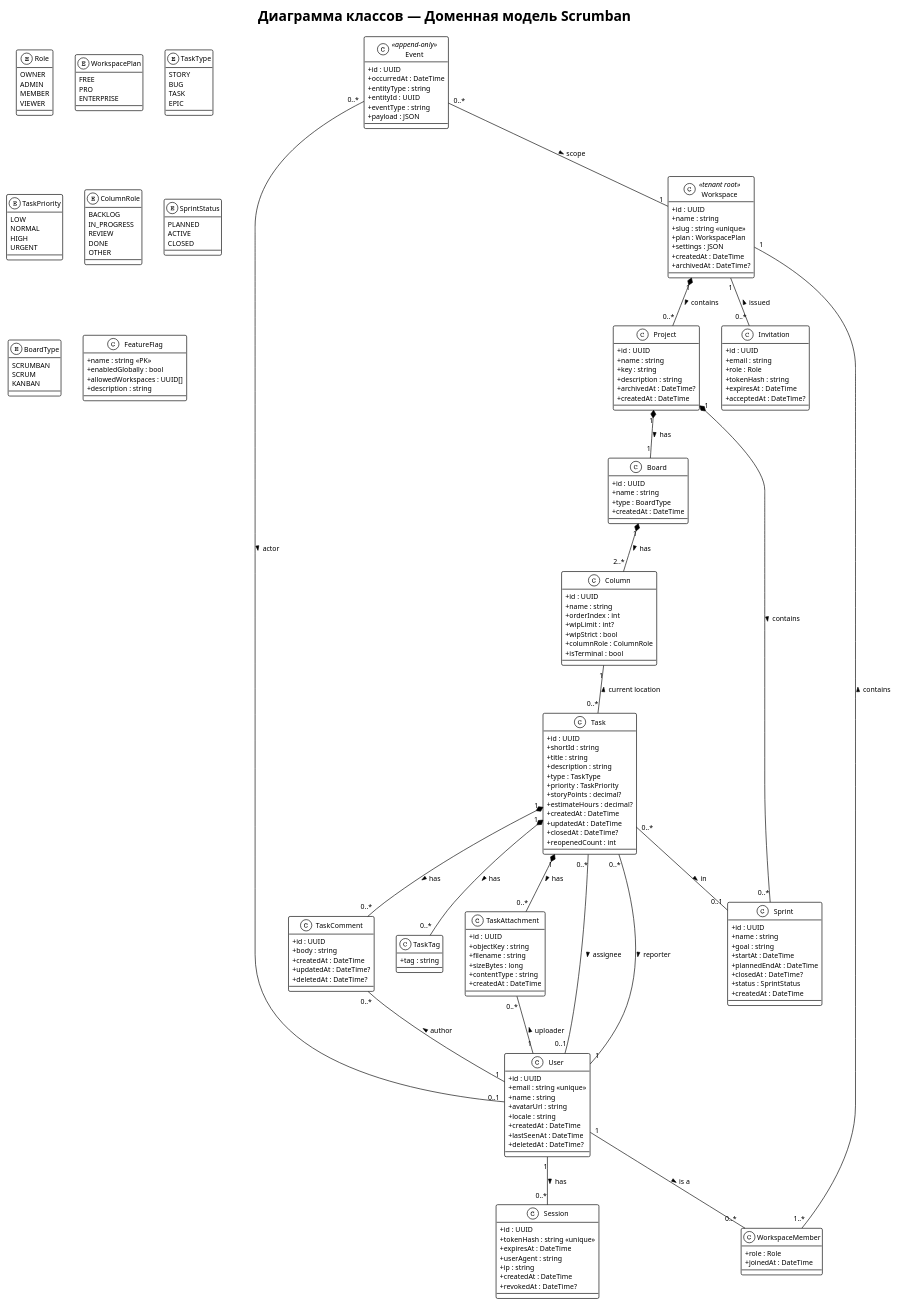
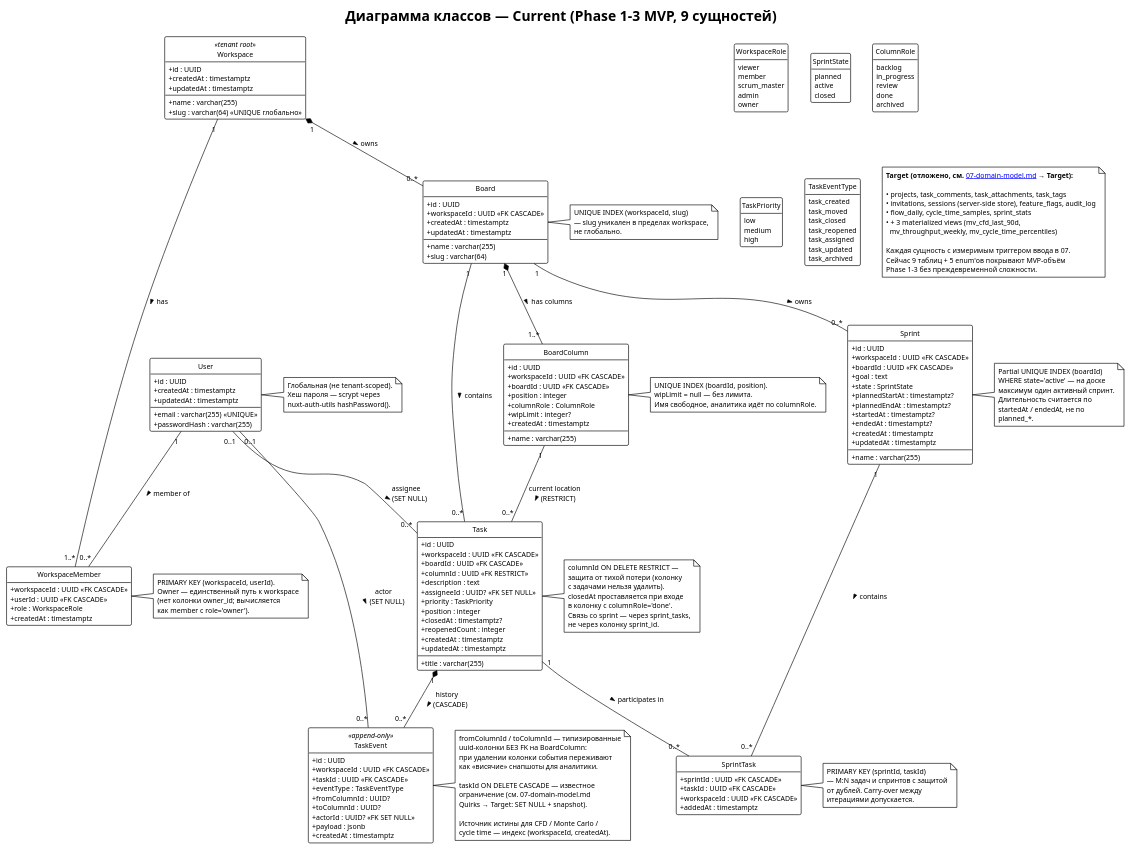
One commit to elClassico-eng/scrumban_app changed the diagram in docs/uml/02-class/domain-classes.puml. Above: the diagram before and after it, drawn with PlantUML. The commit also changed 1 other file, not shown here.

```diff
--- a/docs/uml/02-class/domain-classes.puml
+++ b/docs/uml/02-class/domain-classes.puml
@@ -1,258 +1,266 @@
 @startuml domain-classes
 !theme plain
-title Диаграмма классов — Доменная модель Scrumban
+title Диаграмма классов — Current (Phase 1-3 MVP, 9 сущностей)
 
 skinparam classAttributeIconSize 0
 skinparam defaultFontName Arial
 skinparam defaultFontSize 11
 skinparam packageStyle rectangle
+hide circle
+hide empty members
 
 ' ============================================================================
-' Перечисления (enums) — значения, допустимые в полях классов
+' Перечисления (enums) — все 5 enum'ов из server/db/schema/
 ' ============================================================================
 
-enum Role {
-  OWNER
-  ADMIN
-  MEMBER
-  VIEWER
+enum WorkspaceRole {
+  viewer
+  member
+  scrum_master
+  admin
+  owner
 }
 
-enum WorkspacePlan {
-  FREE
-  PRO
-  ENTERPRISE
+enum SprintState {
+  planned
+  active
+  closed
 }
 
-enum TaskType {
-  STORY
-  BUG
-  TASK
-  EPIC
+enum ColumnRole {
+  backlog
+  in_progress
+  review
+  done
+  archived
 }
 
 enum TaskPriority {
-  LOW
-  NORMAL
-  HIGH
-  URGENT
+  low
+  medium
+  high
 }
 
-enum ColumnRole {
-  BACKLOG
-  IN_PROGRESS
-  REVIEW
-  DONE
-  OTHER
-}
-
-enum SprintStatus {
-  PLANNED
-  ACTIVE
-  CLOSED
-}
-
-enum BoardType {
-  SCRUMBAN
-  SCRUM
-  KANBAN
+enum TaskEventType {
+  task_created
+  task_moved
+  task_closed
+  task_reopened
+  task_assigned
+  task_updated
+  task_archived
 }
 
 ' ============================================================================
-' Identity & Tenancy
+' Identity & Tenancy — User, Workspace, WorkspaceMember
 ' ============================================================================
 
 class User {
   + id : UUID
-  + email : string <<unique>>
-  + name : string
-  + avatarUrl : string
-  + locale : string
-  + createdAt : DateTime
-  + lastSeenAt : DateTime
-  + deletedAt : DateTime?
+  + email : varchar(255) <<UNIQUE>>
+  + passwordHash : varchar(255)
+  + createdAt : timestamptz
+  + updatedAt : timestamptz
 }
+note right of User
+  Глобальная (не tenant-scoped).
+  Хеш пароля — scrypt через
+  nuxt-auth-utils hashPassword().
+end note
 
 class Workspace <<tenant root>> {
   + id : UUID
-  + name : string
-  + slug : string <<unique>>
-  + plan : WorkspacePlan
-  + settings : JSON
-  + createdAt : DateTime
-  + archivedAt : DateTime?
+  + name : varchar(255)
+  + slug : varchar(64) <<UNIQUE глобально>>
+  + createdAt : timestamptz
+  + updatedAt : timestamptz
 }
 
 class WorkspaceMember {
-  + role : Role
-  + joinedAt : DateTime
+  + workspaceId : UUID <<FK CASCADE>>
+  + userId : UUID <<FK CASCADE>>
+  + role : WorkspaceRole
+  + createdAt : timestamptz
 }
-
-class Invitation {
-  + id : UUID
-  + email : string
-  + role : Role
-  + tokenHash : string
-  + expiresAt : DateTime
-  + acceptedAt : DateTime?
-}
-
-class Session {
-  + id : UUID
-  + tokenHash : string <<unique>>
-  + expiresAt : DateTime
-  + userAgent : string
-  + ip : string
-  + createdAt : DateTime
-  + revokedAt : DateTime?
-}
+note right of WorkspaceMember
+  PRIMARY KEY (workspaceId, userId).
+  Owner — единственный путь к workspace
+  (нет колонки owner_id; вычисляется
+  как member с role='owner').
+end note
 
 ' ============================================================================
-' Project & Board
+' Boards & Columns
 ' ============================================================================
-
-class Project {
-  + id : UUID
-  + name : string
-  + key : string
-  + description : string
-  + archivedAt : DateTime?
-  + createdAt : DateTime
-}
 
 class Board {
   + id : UUID
-  + name : string
-  + type : BoardType
-  + createdAt : DateTime
+  + workspaceId : UUID <<FK CASCADE>>
+  + name : varchar(255)
+  + slug : varchar(64)
+  + createdAt : timestamptz
+  + updatedAt : timestamptz
 }
+note right of Board
+  UNIQUE INDEX (workspaceId, slug)
+  — slug уникален в пределах workspace,
+  не глобально.
+end note
 
-class Column {
+class BoardColumn {
   + id : UUID
-  + name : string
-  + orderIndex : int
-  + wipLimit : int?
-  + wipStrict : bool
+  + workspaceId : UUID <<FK CASCADE>>
+  + boardId : UUID <<FK CASCADE>>
+  + name : varchar(255)
+  + position : integer
   + columnRole : ColumnRole
-  + isTerminal : bool
+  + wipLimit : integer?
+  + createdAt : timestamptz
 }
+note right of BoardColumn
+  UNIQUE INDEX (boardId, position).
+  wipLimit = null — без лимита.
+  Имя свободное, аналитика идёт по columnRole.
+end note
 
 ' ============================================================================
-' Task & Sprint
+' Tasks & Event Log
 ' ============================================================================
 
 class Task {
   + id : UUID
-  + shortId : string
-  + title : string
-  + description : string
-  + type : TaskType
+  + workspaceId : UUID <<FK CASCADE>>
+  + boardId : UUID <<FK CASCADE>>
+  + columnId : UUID <<FK RESTRICT>>
+  + title : varchar(255)
+  + description : text
+  + assigneeId : UUID? <<FK SET NULL>>
   + priority : TaskPriority
-  + storyPoints : decimal?
-  + estimateHours : decimal?
-  + createdAt : DateTime
-  + updatedAt : DateTime
-  + closedAt : DateTime?
-  + reopenedCount : int
+  + position : integer
+  + closedAt : timestamptz?
+  + reopenedCount : integer
+  + createdAt : timestamptz
+  + updatedAt : timestamptz
 }
+note right of Task
+  columnId ON DELETE RESTRICT —
+  защита от тихой потери (колонку
+  с задачами нельзя удалить).
+  closedAt проставляется при входе
+  в колонку с columnRole='done'.
+  Связь со sprint — через sprint_tasks,
+  не через колонку sprint_id.
+end note
 
-class TaskTag {
-  + tag : string
+class TaskEvent <<append-only>> {
+  + id : UUID
+  + workspaceId : UUID <<FK CASCADE>>
+  + taskId : UUID <<FK CASCADE>>
+  + eventType : TaskEventType
+  + fromColumnId : UUID?
+  + toColumnId : UUID?
+  + actorId : UUID? <<FK SET NULL>>
+  + payload : jsonb
+  + createdAt : timestamptz
 }
+note right of TaskEvent
+  fromColumnId / toColumnId — типизированные
+  uuid-колонки БЕЗ FK на BoardColumn:
+  при удалении колонки события переживают
+  как «висячие» снапшоты для аналитики.
 
-class TaskComment {
-  + id : UUID
-  + body : string
-  + createdAt : DateTime
-  + updatedAt : DateTime?
-  + deletedAt : DateTime?
-}
+  taskId ON DELETE CASCADE — известное
+  ограничение (см. 07-domain-model.md
+  Quirks → Target: SET NULL + snapshot).
 
-class TaskAttachment {
-  + id : UUID
-  + objectKey : string
-  + filename : string
-  + sizeBytes : long
-  + contentType : string
-  + createdAt : DateTime
-}
+  Источник истины для CFD / Monte Carlo /
+  cycle time — индекс (workspaceId, createdAt).
+end note
+
+' ============================================================================
+' Sprints
+' ============================================================================
 
 class Sprint {
   + id : UUID
-  + name : string
-  + goal : string
-  + startAt : DateTime
-  + plannedEndAt : DateTime
-  + closedAt : DateTime?
-  + status : SprintStatus
-  + createdAt : DateTime
+  + workspaceId : UUID <<FK CASCADE>>
+  + boardId : UUID <<FK CASCADE>>
+  + name : varchar(255)
+  + goal : text
+  + state : SprintState
+  + plannedStartAt : timestamptz?
+  + plannedEndAt : timestamptz?
+  + startedAt : timestamptz?
+  + endedAt : timestamptz?
+  + createdAt : timestamptz
+  + updatedAt : timestamptz
 }
+note right of Sprint
+  Partial UNIQUE INDEX (boardId)
+  WHERE state='active' — на доске
+  максимум один активный спринт.
+  Длительность считается по
+  startedAt / endedAt, не по
+  planned_*.
+end note
+
+class SprintTask {
+  + sprintId : UUID <<FK CASCADE>>
+  + taskId : UUID <<FK CASCADE>>
+  + workspaceId : UUID <<FK CASCADE>>
+  + addedAt : timestamptz
+}
+note right of SprintTask
+  PRIMARY KEY (sprintId, taskId)
+  — M:N задач и спринтов с защитой
+  от дублей. Carry-over между
+  итерациями допускается.
+end note
 
 ' ============================================================================
-' Events — append-only журнал для аналитики
+' Связи — multiplicity и FK on-delete behavior
 ' ============================================================================
 
-class Event <<append-only>> {
-  + id : UUID
-  + occurredAt : DateTime
-  + entityType : string
-  + entityId : UUID
-  + eventType : string
-  + payload : JSON
-}
+' Identity & Tenancy
+User "1" -- "0..*" WorkspaceMember : member of >
+Workspace "1" -- "1..*" WorkspaceMember : has >
+
+' Workspace owns boards
+Workspace "1" *-- "0..*" Board : owns >
+
+' Board composition
+Board "1" *-- "1..*" BoardColumn : has columns >
+
+' Tasks
+Board "1" -- "0..*" Task : contains >
+BoardColumn "1" -- "0..*" Task : current location\n(RESTRICT) >
+User "0..1" -- "0..*" Task : assignee\n(SET NULL) >
+
+' Task history
+Task "1" *-- "0..*" TaskEvent : history\n(CASCADE) >
+User "0..1" -- "0..*" TaskEvent : actor\n(SET NULL) >
+
+' Sprints
+Board "1" -- "0..*" Sprint : owns >
+Sprint "1" -- "0..*" SprintTask : contains >
+Task "1" -- "0..*" SprintTask : participates in >
 
 ' ============================================================================
-' Cross-cutting
+' Note: Target entities (deferred)
 ' ============================================================================
 
-class FeatureFlag {
-  + name : string <<PK>>
-  + enabledGlobally : bool
-  + allowedWorkspaces : UUID[]
-  + description : string
-}
+note as N1
+  **Target (отложено, см.** [[../../07-domain-model.md 07-domain-model.md]] **→ Target):**
 
-' ============================================================================
-' Связи — ассоциации, агрегации, композиции
-' ============================================================================
+  • projects, task_comments, task_attachments, task_tags
+  • invitations, sessions (server-side store), feature_flags, audit_log
+  • flow_daily, cycle_time_samples, sprint_stats
+  • + 3 materialized views (mv_cfd_last_90d,
+    mv_throughput_weekly, mv_cycle_time_percentiles)
 
-' Identity & Tenancy — User и Workspace соединяются через WorkspaceMember
-User "1" -- "0..*" Session : > has
-User "1" -- "0..*" WorkspaceMember : > is a
-Workspace "1" -- "1..*" WorkspaceMember : < contains
-Workspace "1" -- "0..*" Invitation : < issued
-
-' Workspace как tenant — композиция с проектами (при архивации уходят все)
-Workspace "1" *-- "0..*" Project : contains >
-
-' Project — 1:1 Board (в MVP); 1:* Sprint
-Project "1" *-- "1" Board : has >
-Project "1" *-- "0..*" Sprint : contains >
-
-' Board composed of Columns
-Board "1" *-- "2..*" Column : has >
-
-' Column contains tasks
-Column "1" -- "0..*" Task : < current location
-
-' Task — композиция с вложенными сущностями
-Task "1" *-- "0..*" TaskTag : has >
-Task "1" *-- "0..*" TaskComment : has >
-Task "1" *-- "0..*" TaskAttachment : has >
-
-' Task — ассоциация со Sprint (может быть вне спринта)
-Task "0..*" -- "0..1" Sprint : in >
-
-' Task — связи с пользователями (assignee, reporter)
-Task "0..*" -- "0..1" User : > assignee
-Task "0..*" -- "1" User : > reporter
-
-' TaskComment, TaskAttachment — кто создал
-TaskComment "0..*" -- "1" User : < author
-TaskAttachment "0..*" -- "1" User : < uploader
-
-' Event — связан с workspace (tenant-scoped) и актором (опционально)
-Event "0..*" -- "1" Workspace : scope >
-Event "0..*" -- "0..1" User : actor >
+  Каждая сущность с измеримым триггером ввода в 07.
+  Сейчас 9 таблиц + 5 enum'ов покрывают MVP-объём
+  Phase 1-3 без преждевременной сложности.
+end note
 
 @enduml
```
